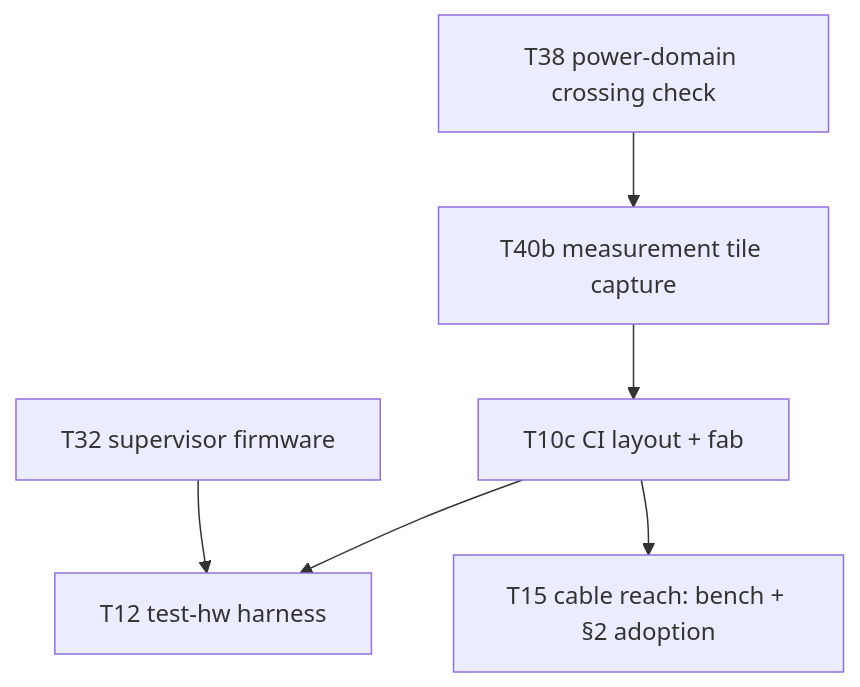
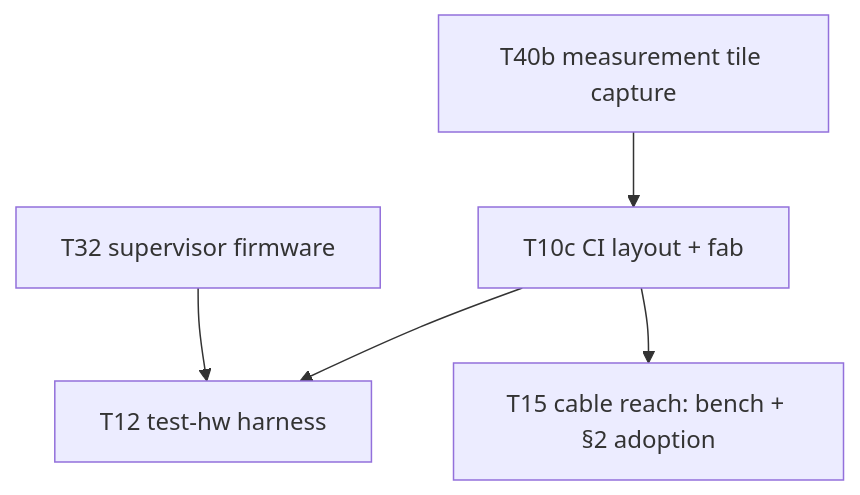
The diagram in KANBAN.md (kristofferkoch/oparroy), drawn with Mermaid before and after one commit. The commit also changed other lines of this file and 2 other files, not shown here.

First line of the commit message:
docs: document the power-domain crossing audit; ship its card

````diff
--- a/KANBAN.md
+++ b/KANBAN.md
@@ -34,8 +34,7 @@
 ```mermaid
 graph TD
-    T38[T38 power-domain crossing check] --> T40b[T40b measurement tile capture]
-    T40b --> T10c[T10c CI layout + fab]
+    T40b[T40b measurement tile capture] --> T10c[T10c CI layout + fab]
     T10c --> T12[T12 test-hw harness]
     T10c --> T15[T15 cable reach: bench + §2 adoption]
     T32[T32 supervisor firmware] --> T12
 ```
````
